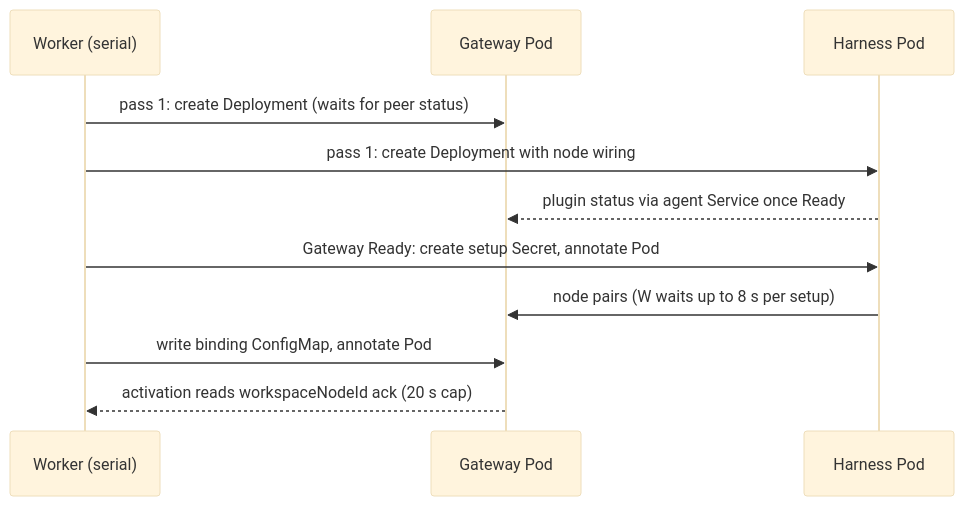
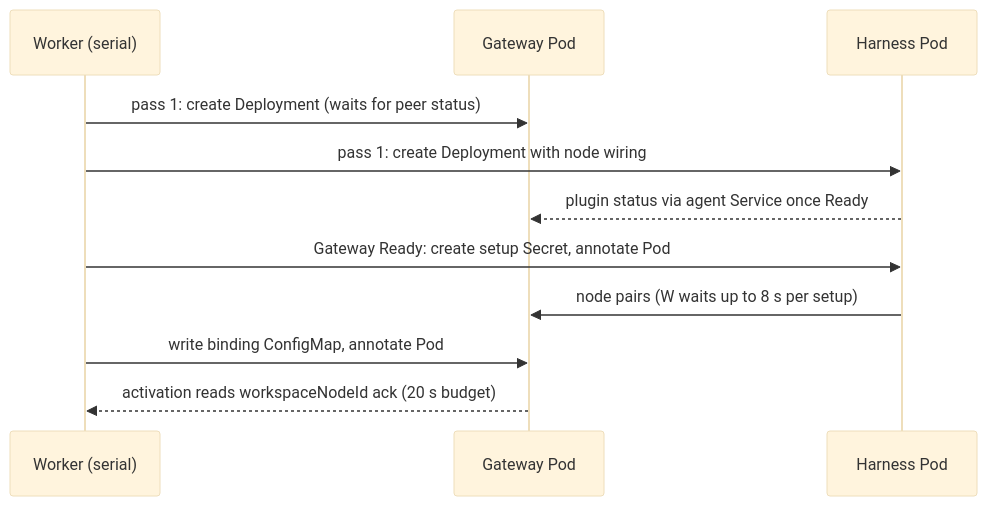
The diagram in specs/rfcs/0047-first-deploy-activation.md (SebTardif/openclaw-enterprise), drawn with Mermaid (base theme) before and after one commit. The commit also changed other lines of this file, not shown here.

First line of the commit message:
docs(specs): refresh rfc-0047 against main after the activation follow-ups

````diff
--- a/specs/rfcs/0047-first-deploy-activation.md
+++ b/specs/rfcs/0047-first-deploy-activation.md
@@ -107,13 +114,13 @@
 ```mermaid
 sequenceDiagram
   participant W as Worker (serial)
   participant G as Gateway Pod
   participant H as Harness Pod
   W->>G: pass 1: create Deployment (waits for peer status)
   W->>H: pass 1: create Deployment with node wiring
   H-->>G: plugin status via agent Service once Ready
   W->>H: Gateway Ready: create setup Secret, annotate Pod
   H->>G: node pairs (W waits up to 8 s per setup)
   W->>G: write binding ConfigMap, annotate Pod
-  G-->>W: activation reads workspaceNodeId ack (20 s cap)
+  G-->>W: activation reads workspaceNodeId ack (20 s budget)
 ```
````
